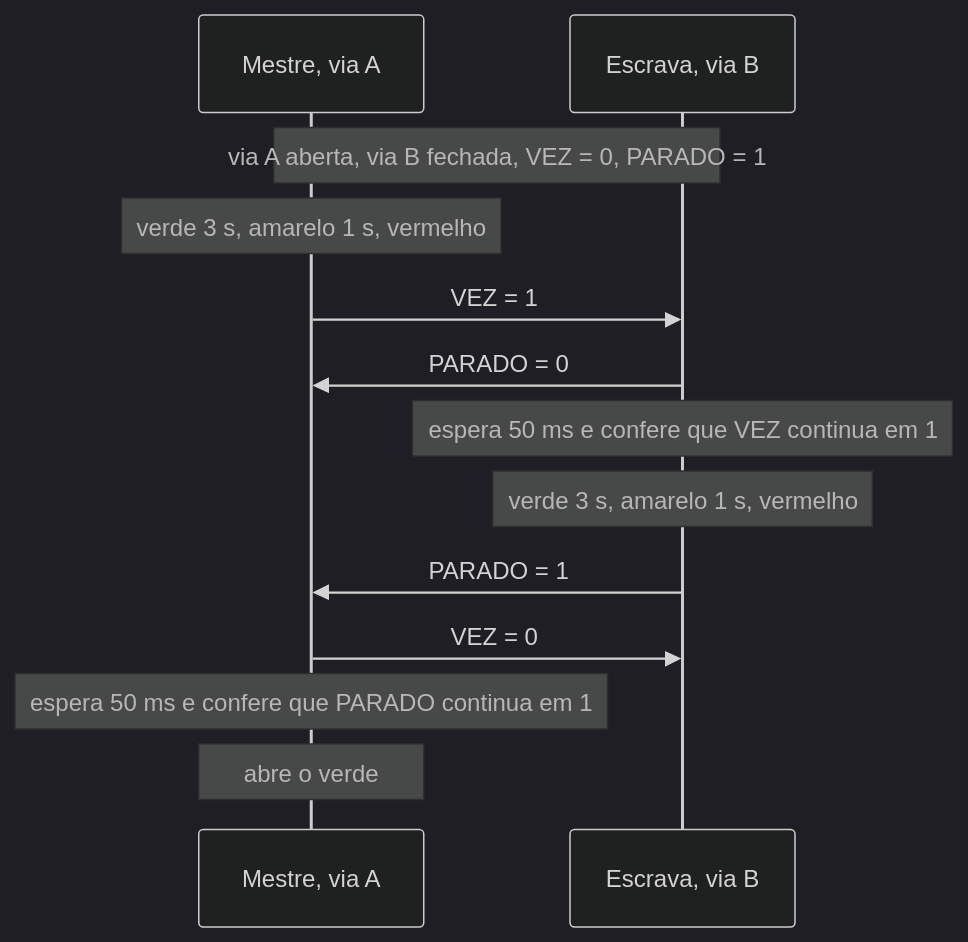
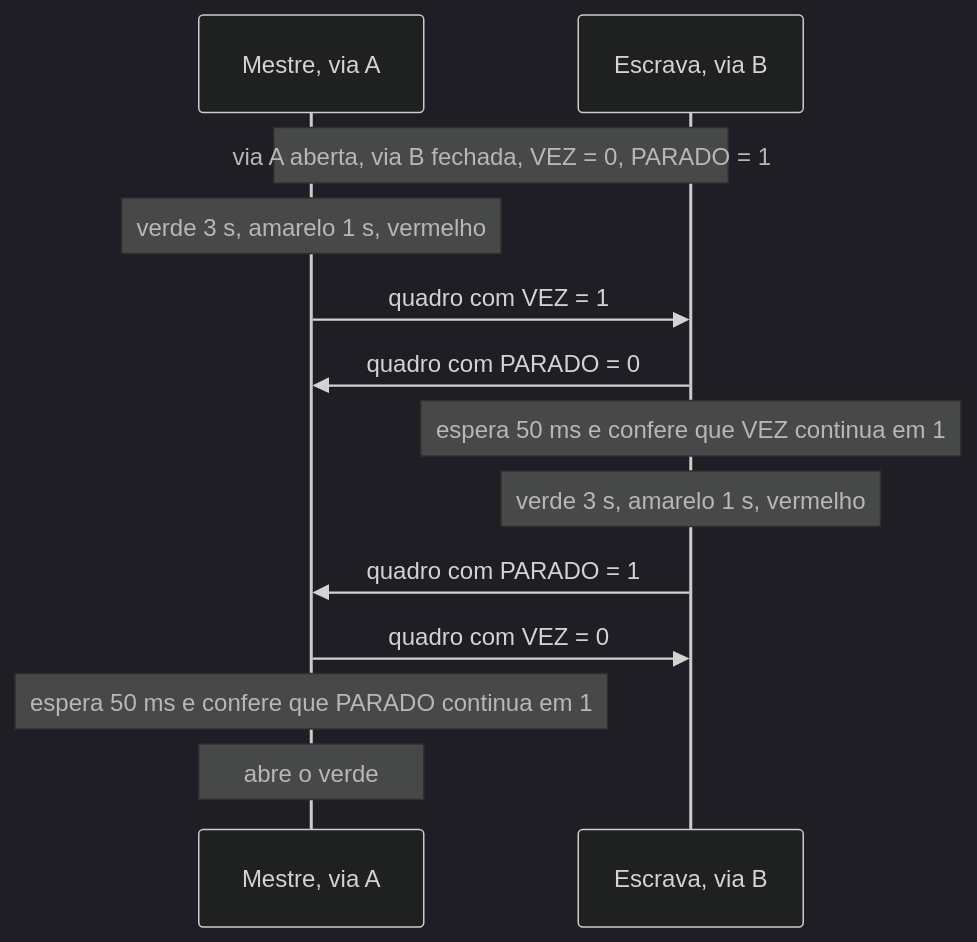
Before and after one commit to bmchad/uc-aula1-fork: the fifth of 5 diagrams in docs/02-arquitetura.md, drawn with Mermaid (dark theme). The commit also changed other lines of this file and 23 other files, not shown here.

````diff
--- a/docs/02-arquitetura.md
+++ b/docs/02-arquitetura.md
@@ -198,16 +209,16 @@
 ```mermaid
 sequenceDiagram
     participant M as Mestre, via A
     participant E as Escrava, via B
 
     Note over M,E: via A aberta, via B fechada, VEZ = 0, PARADO = 1
     Note over M: verde 3 s, amarelo 1 s, vermelho
-    M->>E: VEZ = 1
-    E->>M: PARADO = 0
+    M->>E: quadro com VEZ = 1
+    E->>M: quadro com PARADO = 0
     Note over E: espera 50 ms e confere que VEZ continua em 1
     Note over E: verde 3 s, amarelo 1 s, vermelho
-    E->>M: PARADO = 1
-    M->>E: VEZ = 0
+    E->>M: quadro com PARADO = 1
+    M->>E: quadro com VEZ = 0
     Note over M: espera 50 ms e confere que PARADO continua em 1
     Note over M: abre o verde
 ```
````
